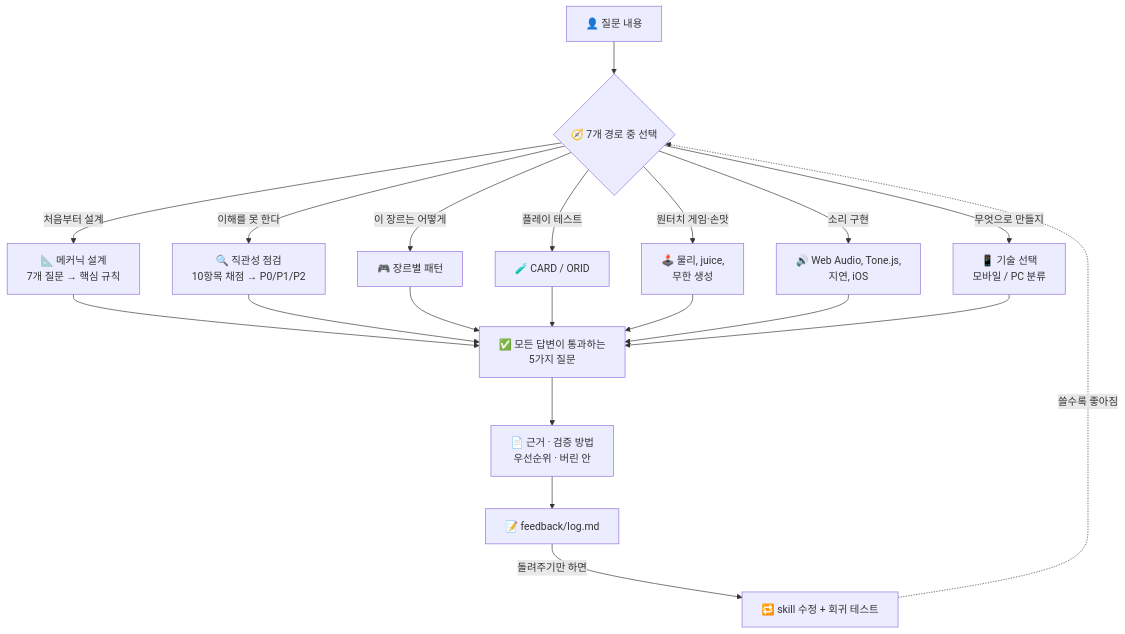
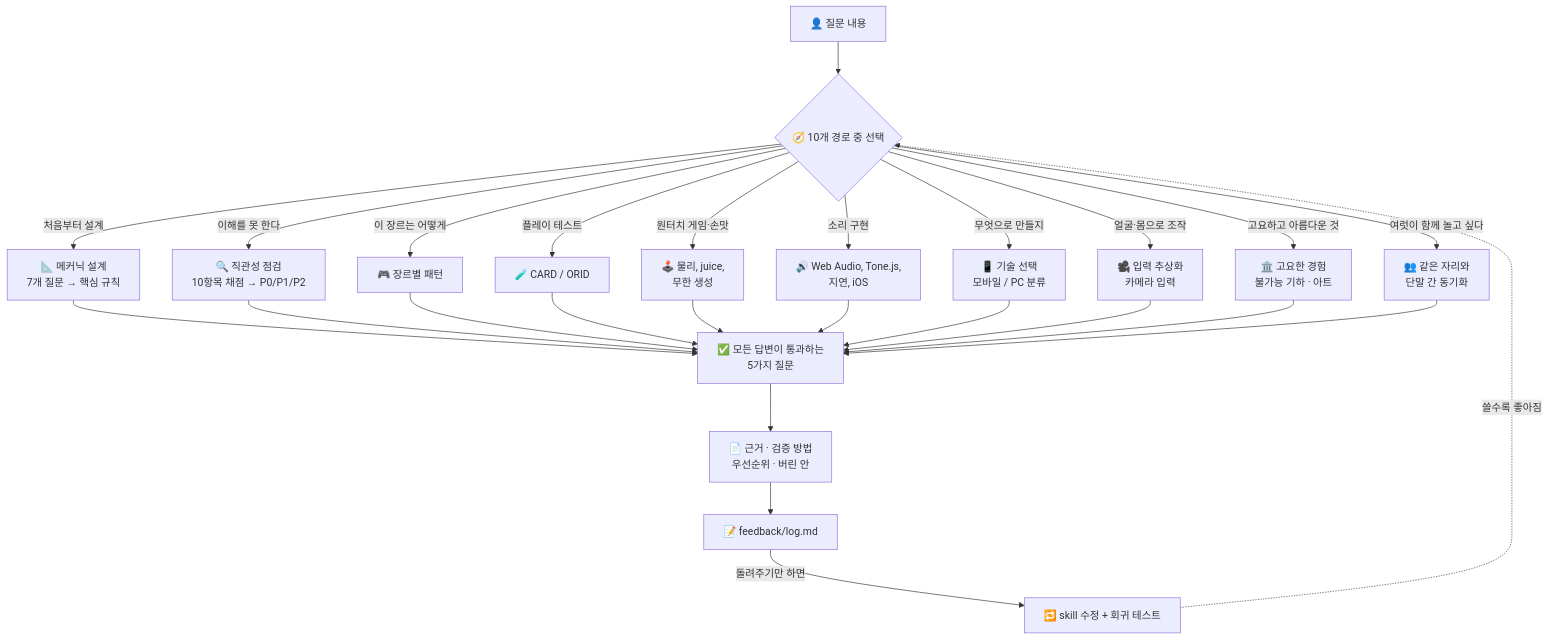
The diagram in README.ko.md (takaoumehara/intuitive-game-design-skill), drawn with Mermaid before and after one commit. The commit also changed other lines of this file and 24 other files, not shown here.

````diff
--- a/README.ko.md
+++ b/README.ko.md
@@ -24,18 +24,21 @@
 ```mermaid
 flowchart TD
-    U["👤 질문 내용"] --> R{"🧭 7개 경로 중 선택"}
+    U["👤 질문 내용"] --> R{"🧭 10개 경로 중 선택"}
 
     R -->|"처음부터 설계"| A["📐 메커닉 설계<br/>7개 질문 → 핵심 규칙"]
     R -->|"이해를 못 한다"| B["🔍 직관성 점검<br/>10항목 채점 → P0/P1/P2"]
     R -->|"이 장르는 어떻게"| C["🎮 장르별 패턴"]
     R -->|"플레이 테스트"| D["🧪 CARD / ORID"]
     R -->|"원터치 게임·손맛"| E["🕹️ 물리, juice,<br/>무한 생성"]
     R -->|"소리 구현"| F["🔊 Web Audio, Tone.js,<br/>지연, iOS"]
     R -->|"무엇으로 만들지"| G["📱 기술 선택<br/>모바일 / PC 분류"]
+    R -->|"얼굴·몸으로 조작"| H["🎥 입력 추상화<br/>카메라 입력"]
+    R -->|"고요하고 아름다운 것"| I["🏛️ 고요한 경험<br/>불가능 기하 · 아트"]
+    R -->|"여럿이 함께 놀고 싶다"| J["👥 같은 자리와<br/>단말 간 동기화"]
 
-    A & B & C & D & E & F & G --> Q["✅ 모든 답변이 통과하는<br/>5가지 질문"]
+    A & B & C & D & E & F & G & H & I & J --> Q["✅ 모든 답변이 통과하는<br/>5가지 질문"]
     Q --> O["📄 근거 · 검증 방법<br/>우선순위 · 버린 안"]
     O --> L["📝 feedback/log.md"]
     L -->|"돌려주기만 하면"| FIX["🔁 skill 수정 + 회귀 테스트"]
     FIX -.->|"쓸수록 좋아짐"| R
 ```
````
